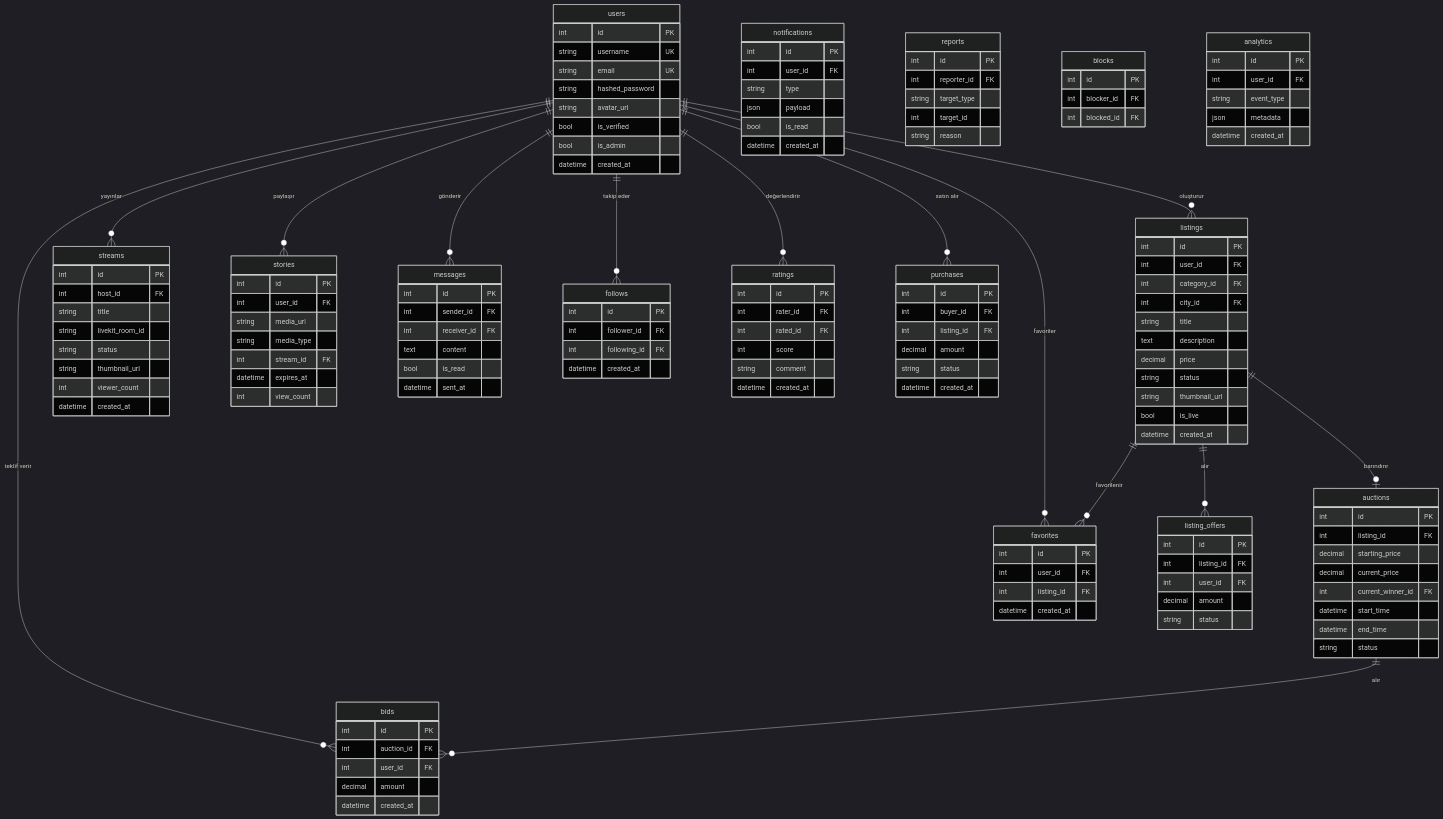
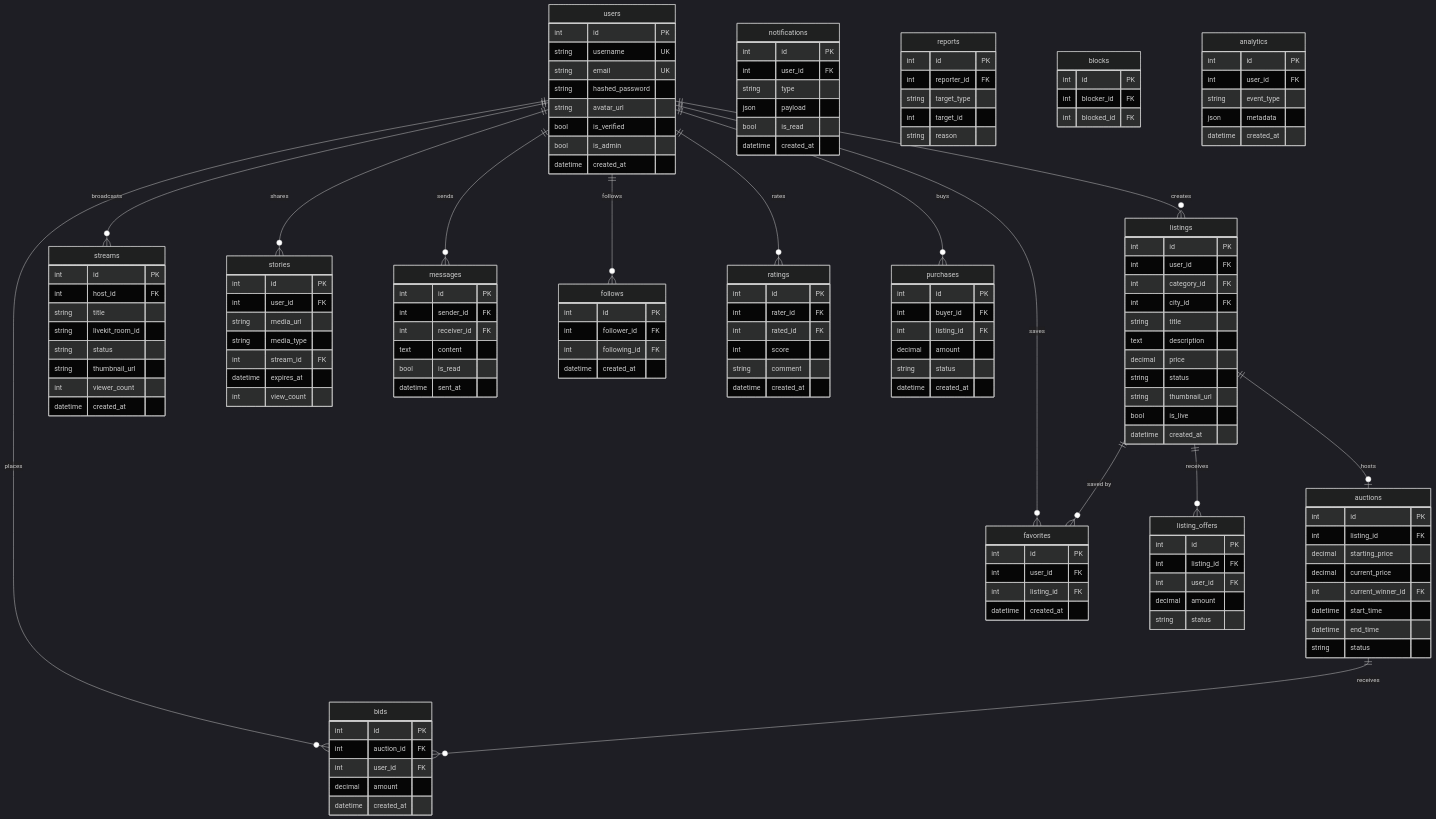
One commit to tucibeyin/teqlif changed the sixth of 10 diagrams in README.md. Above: the diagram before and after it, drawn with Mermaid (dark theme). The commit also changed other lines of this file, not shown here.

````diff
--- a/README.md
+++ b/README.md
@@ -386,17 +386,17 @@
         datetime created_at
     }
 
-    users ||--o{ listings : "oluşturur"
-    users ||--o{ streams : "yayınlar"
-    users ||--o{ bids : "teklif verir"
-    users ||--o{ stories : "paylaşır"
-    users ||--o{ messages : "gönderir"
-    users ||--o{ follows : "takip eder"
-    users ||--o{ favorites : "favoriler"
-    users ||--o{ ratings : "değerlendirir"
-    users ||--o{ purchases : "satın alır"
-    listings ||--o| auctions : "barındırır"
-    auctions ||--o{ bids : "alır"
-    listings ||--o{ listing_offers : "alır"
-    listings ||--o{ favorites : "favorilenir"
+    users ||--o{ listings : "creates"
+    users ||--o{ streams : "broadcasts"
+    users ||--o{ bids : "places"
+    users ||--o{ stories : "shares"
+    users ||--o{ messages : "sends"
+    users ||--o{ follows : "follows"
+    users ||--o{ favorites : "saves"
+    users ||--o{ ratings : "rates"
+    users ||--o{ purchases : "buys"
+    listings ||--o| auctions : "hosts"
+    auctions ||--o{ bids : "receives"
+    listings ||--o{ listing_offers : "receives"
+    listings ||--o{ favorites : "saved by"
 ```
````
